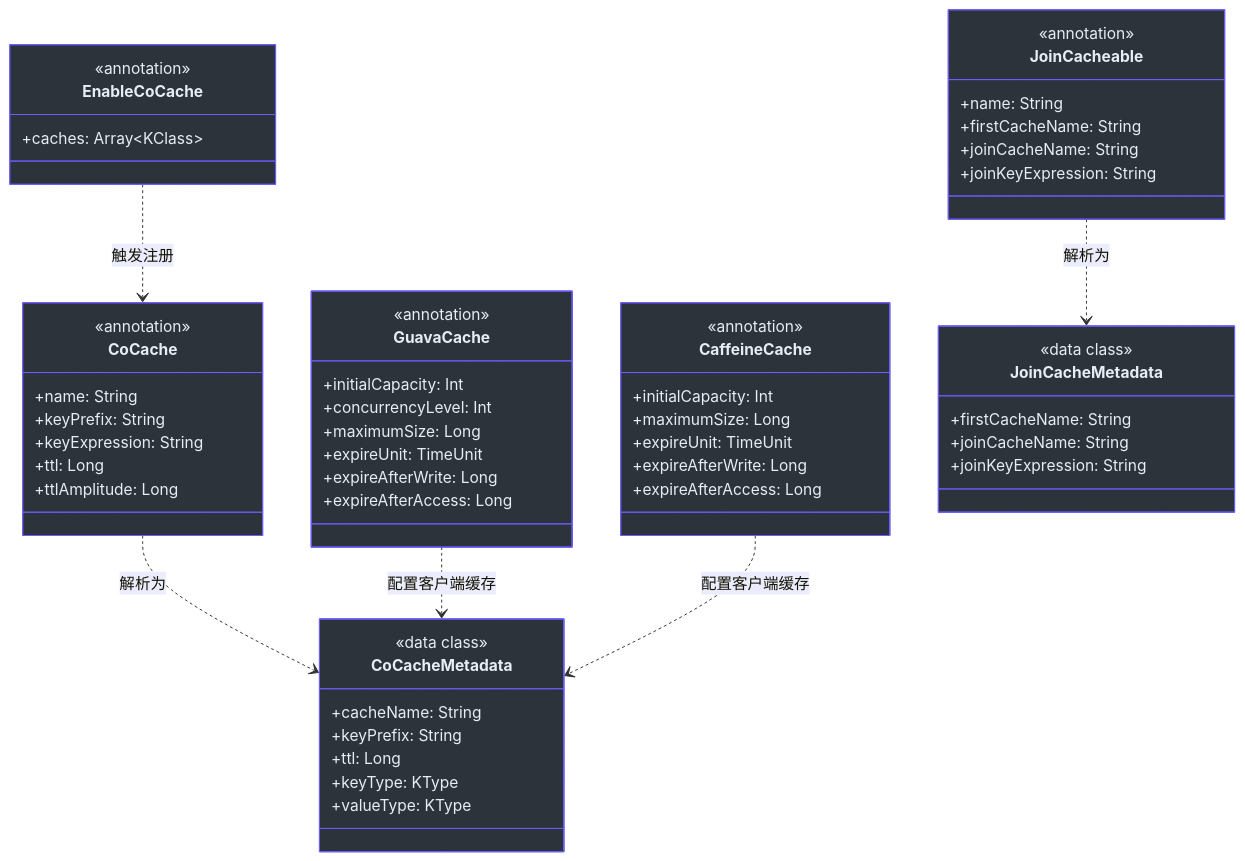
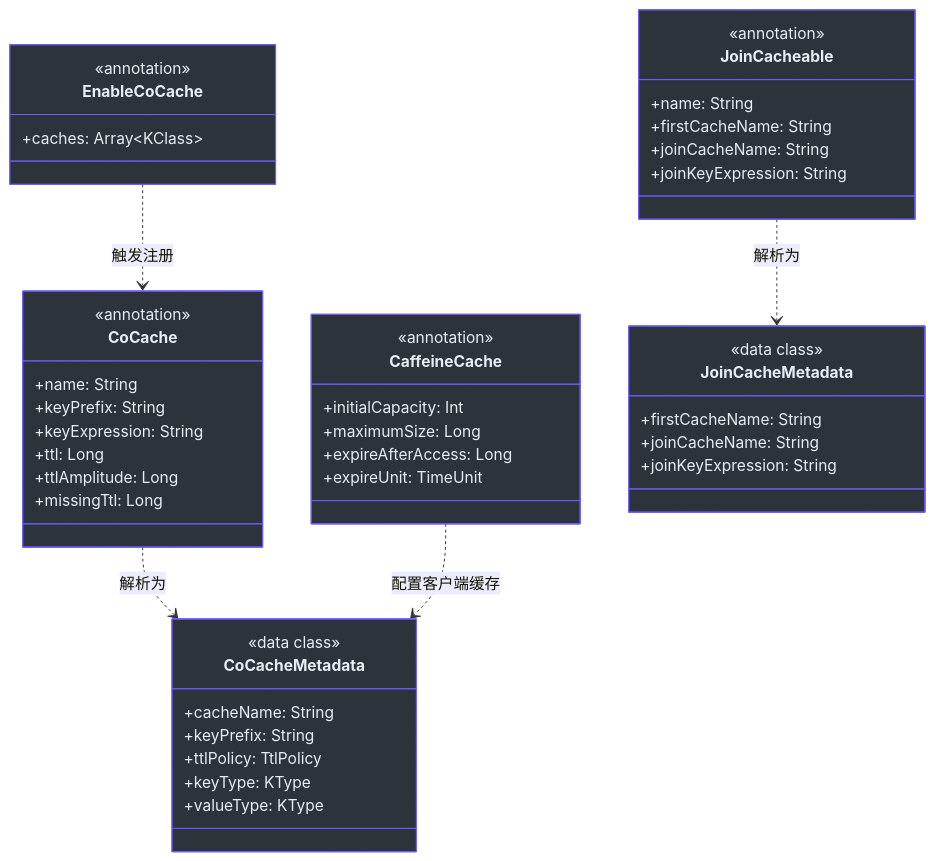
The second of 3 diagrams in wiki/zh/api/annotations.md (Ahoo-Wang/CoCache), drawn with Mermaid before and after one commit. The commit also changed other lines of this file and 256 other files, not shown here.

````diff
--- a/wiki/zh/api/annotations.md
+++ b/wiki/zh/api/annotations.md
@@ -202,69 +163,58 @@
 ```mermaid
 classDiagram
     direction TB
 
     class CoCache {
         <<annotation>>
         +name: String
         +keyPrefix: String
         +keyExpression: String
         +ttl: Long
         +ttlAmplitude: Long
-    }
-    class GuavaCache {
-        <<annotation>>
-        +initialCapacity: Int
-        +concurrencyLevel: Int
-        +maximumSize: Long
-        +expireUnit: TimeUnit
-        +expireAfterWrite: Long
-        +expireAfterAccess: Long
+        +missingTtl: Long
     }
     class CaffeineCache {
         <<annotation>>
         +initialCapacity: Int
         +maximumSize: Long
+        +expireAfterAccess: Long
         +expireUnit: TimeUnit
-        +expireAfterWrite: Long
-        +expireAfterAccess: Long
     }
     class JoinCacheable {
         <<annotation>>
         +name: String
         +firstCacheName: String
         +joinCacheName: String
         +joinKeyExpression: String
     }
     class EnableCoCache {
         <<annotation>>
         +caches: Array~KClass~
     }
     class CoCacheMetadata {
         <<data class>>
         +cacheName: String
         +keyPrefix: String
-        +ttl: Long
+        +ttlPolicy: TtlPolicy
         +keyType: KType
         +valueType: KType
     }
     class JoinCacheMetadata {
         <<data class>>
         +firstCacheName: String
         +joinCacheName: String
         +joinKeyExpression: String
     }
 
     CoCache ..> CoCacheMetadata : 解析为
-    GuavaCache ..> CoCacheMetadata : 配置客户端缓存
     CaffeineCache ..> CoCacheMetadata : 配置客户端缓存
     JoinCacheable ..> JoinCacheMetadata : 解析为
     EnableCoCache ..> CoCache : 触发注册
 
     style CoCache fill:#2d333b,stroke:#6d5dfc,color:#e6edf3
-    style GuavaCache fill:#2d333b,stroke:#6d5dfc,color:#e6edf3
     style CaffeineCache fill:#2d333b,stroke:#6d5dfc,color:#e6edf3
     style JoinCacheable fill:#2d333b,stroke:#6d5dfc,color:#e6edf3
     style EnableCoCache fill:#2d333b,stroke:#6d5dfc,color:#e6edf3
     style CoCacheMetadata fill:#2d333b,stroke:#6d5dfc,color:#e6edf3
     style JoinCacheMetadata fill:#2d333b,stroke:#6d5dfc,color:#e6edf3
 ```
````
